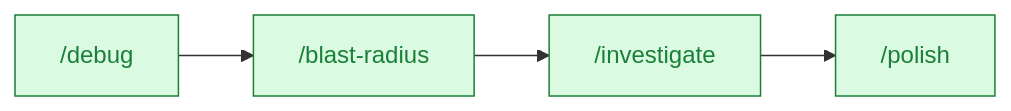
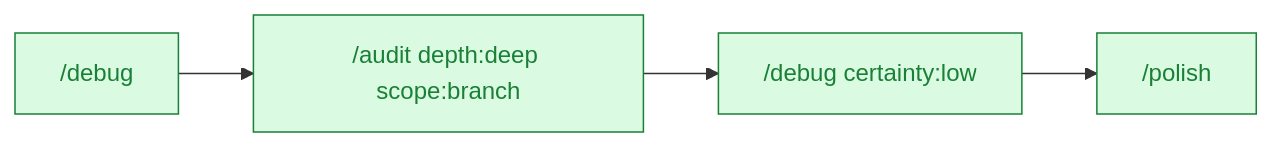
Before and after one commit to DoctorMozg/claude-pipelines: the second of 9 diagrams in README.md, drawn with Mermaid. The commit also changed other lines of this file, not shown here.

````diff
--- a/README.md
+++ b/README.md
@@ -32,7 +33,7 @@
 ```mermaid
 flowchart LR
-    A["/debug"]:::pipe --> B["/blast-radius"]:::pipe
-    B --> C["/investigate"]:::pipe
+    A["/debug"]:::pipe --> B["/audit depth:deep scope:branch"]:::pipe
+    B --> C["/debug certainty:low"]:::pipe
     C --> D["/polish"]:::pipe
     classDef pipe fill:#dafbe1,stroke:#1a7f37,color:#1a7f37
 ```
````
